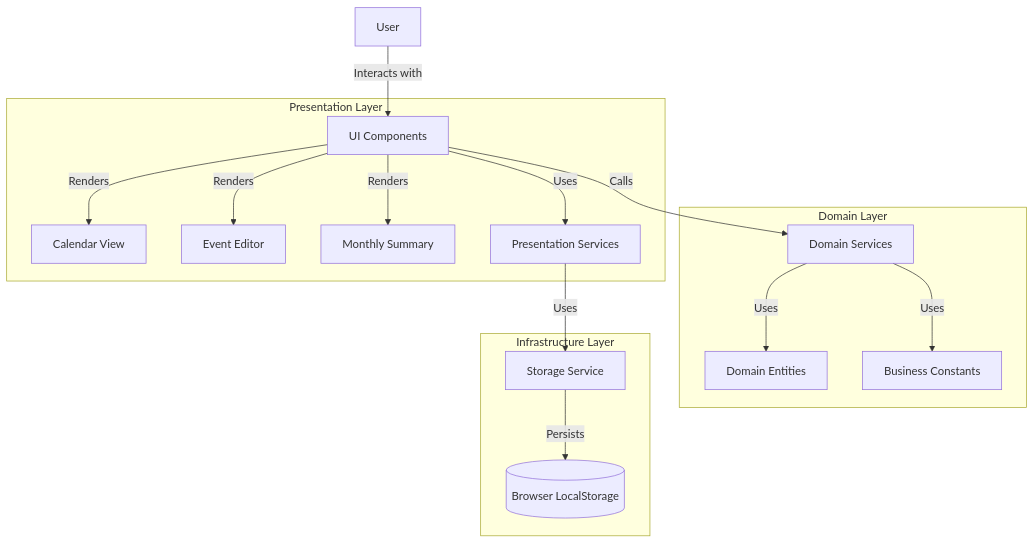
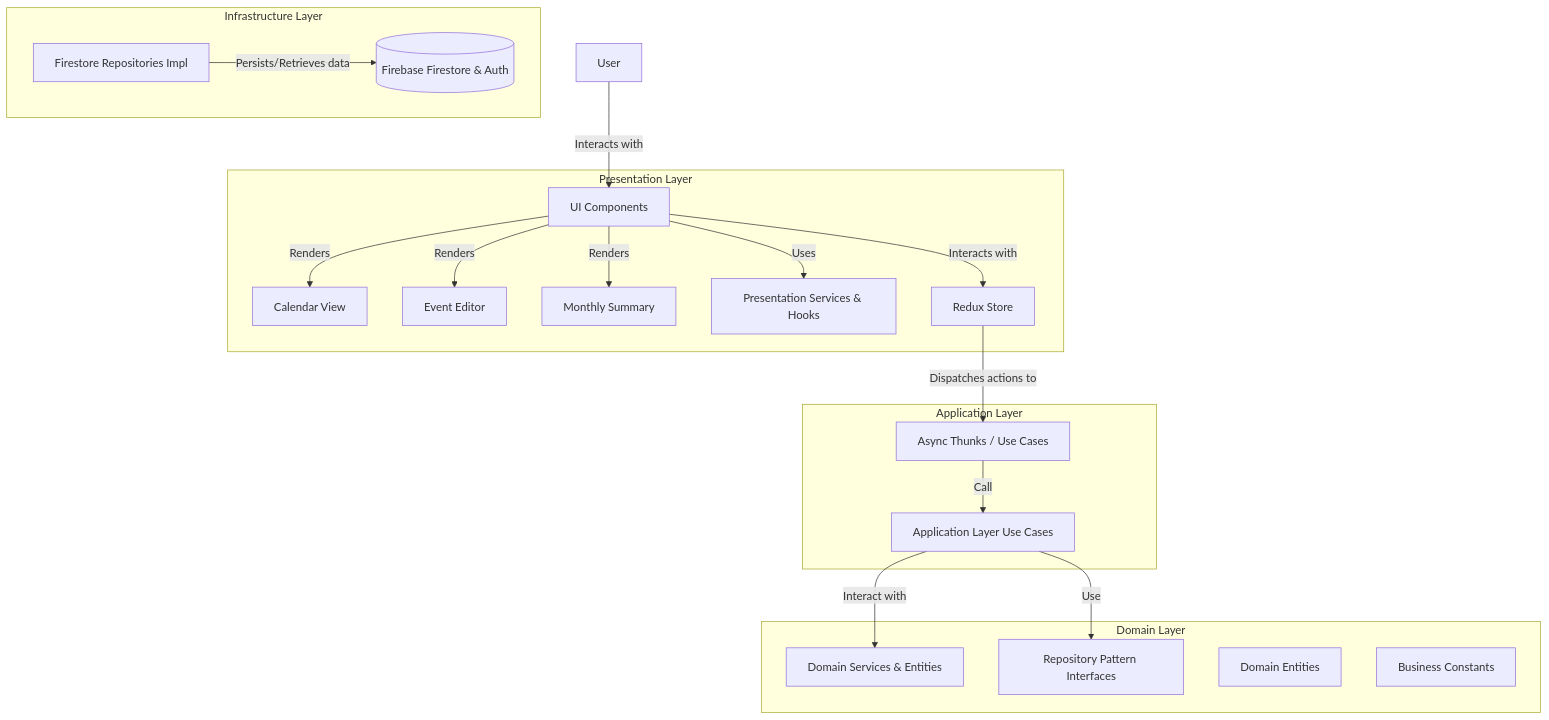
Before and after one commit to RoyCrivolotti/calendar-calculator: the first of 5 diagrams in README.md, drawn with Mermaid. The commit also changed other lines of this file and 26 other files, not shown here.

````diff
--- a/README.md
+++ b/README.md
@@ -43,35 +45,43 @@
 ```mermaid
 graph TD
     User[User] -->|Interacts with| UI[UI Components]
     UI -->|Renders| Calendar[Calendar View]
     UI -->|Renders| EventEditor[Event Editor]
     UI -->|Renders| Summary[Monthly Summary]
     
-    UI -->|Uses| PresentationServices[Presentation Services]
-    PresentationServices -->|Uses| StorageService[Storage Service]
+    UI -->|Uses| PresentationServices[Presentation Services & Hooks]
+    UI -->|Interacts with| ReduxStore[Redux Store]
     
-    UI -->|Calls| DomainServices[Domain Services]
-    DomainServices -->|Uses| Entities[Domain Entities]
-    DomainServices -->|Uses| Constants[Business Constants]
+    ReduxStore -->|Dispatches actions to| Thunks[Async Thunks / Use Cases]
+    Thunks -->|Call| ApplicationUseCases[Application Layer Use Cases]
+    ApplicationUseCases -->|Interact with| DomainServices[Domain Services & Entities]
+    ApplicationUseCases -->|Use| Repositories[Repository Pattern Interfaces]
     
-    StorageService -->|Persists| LocalStorage[(Browser LocalStorage)]
+    RepositoriesImpl[Firestore Repositories Impl] -->|Persists/Retrieves data| Firebase[(Firebase Firestore & Auth)]
     
     subgraph "Presentation Layer"
         UI
         PresentationServices
+        ReduxStore
         Calendar
         EventEditor
         Summary
     end
+
+    subgraph "Application Layer"
+        Thunks
+        ApplicationUseCases
+    end
     
     subgraph "Domain Layer"
         DomainServices
-        Entities
-        Constants
+        Entities[Domain Entities]
+        Repositories
+        Constants[Business Constants]
     end
     
     subgraph "Infrastructure Layer"
-        StorageService
-        LocalStorage
+        RepositoriesImpl
+        Firebase
     end
 ```
````
